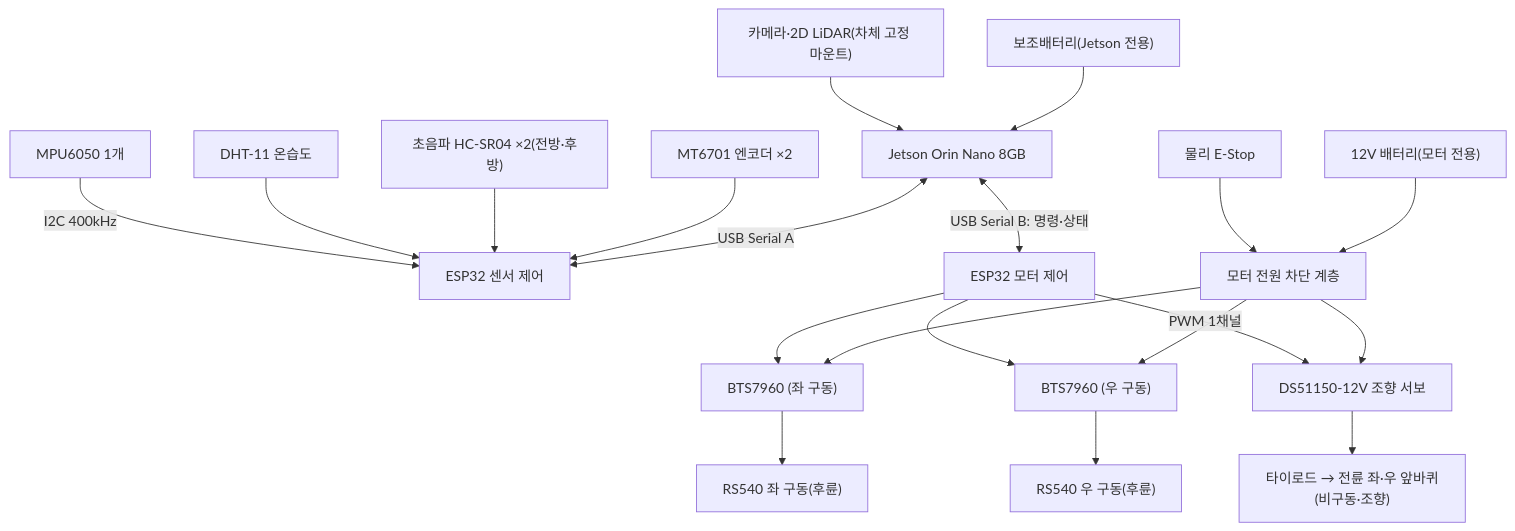
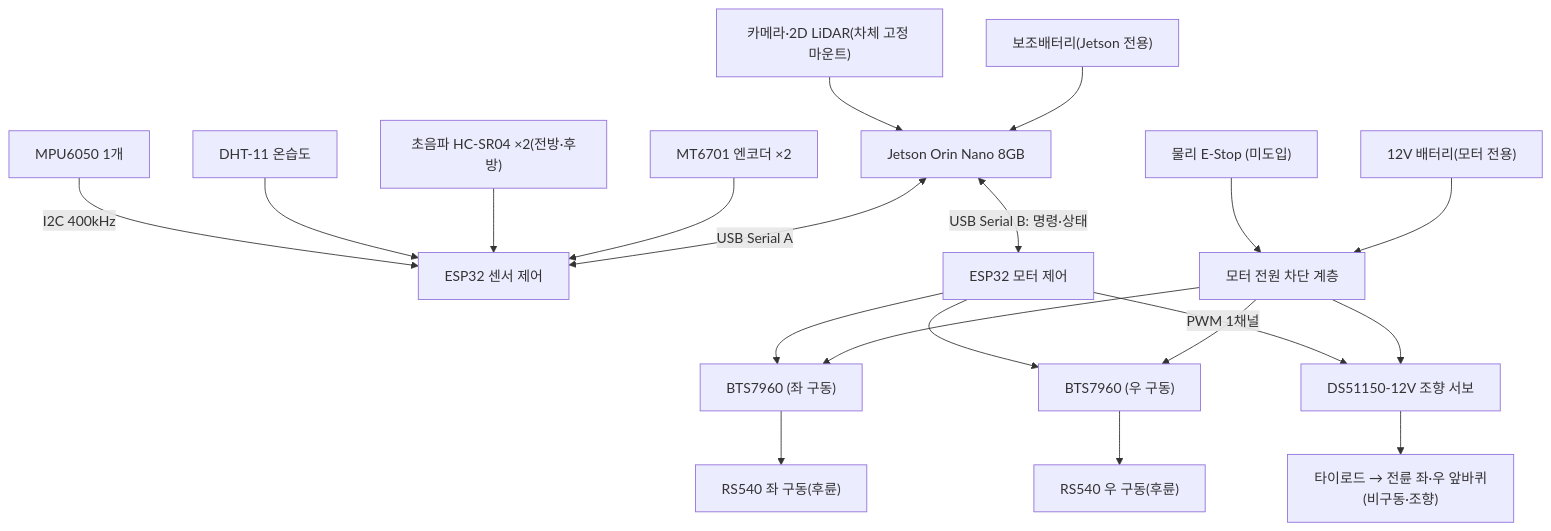
The diagram in docs/02-하드웨어.md (Common-AIOT/Sentinel-UGV), drawn with Mermaid before and after one commit. The commit also changed other lines of this file and 18 other files, not shown here.

````diff
--- a/docs/02-하드웨어.md
+++ b/docs/02-하드웨어.md
@@ -118,22 +126,22 @@
 ```mermaid
 flowchart TB
     sensors["카메라·2D LiDAR(차체 고정 마운트)"] --> jetson["Jetson Orin Nano 8GB"]
     imu["MPU6050 1개"] -->|"I2C 400kHz"| esp32s
     environment["DHT-11 온습도"] --> esp32s["ESP32 센서 제어"]
     ultrasonic["초음파 HC-SR04 ×2(전방·후방)"] --> esp32s
     encoders["MT6701 엔코더 ×2"] --> esp32s
     jetson <-->|"USB Serial A"| esp32s
     jetson <-->|"USB Serial B: 명령·상태"| esp32m["ESP32 모터 제어"]
     esp32m --> driverL["BTS7960 (좌 구동)"]
     esp32m --> driverR["BTS7960 (우 구동)"]
     esp32m -->|"PWM 1채널"| servo["DS51150-12V 조향 서보"]
     driverL --> motorL["RS540 좌 구동(후륜)"]
     driverR --> motorR["RS540 우 구동(후륜)"]
     servo --> tierod["타이로드 → 전륜 좌·우 앞바퀴(비구동·조향)"]
-    estop["물리 E-Stop"] --> power["모터 전원 차단 계층"]
+    estop["물리 E-Stop (미도입)"] --> power["모터 전원 차단 계층"]
     power --> driverL
     power --> driverR
     power --> servo
     battM["12V 배터리(모터 전용)"] --> power
     battJ["보조배터리(Jetson 전용)"] --> jetson
 ```
````
